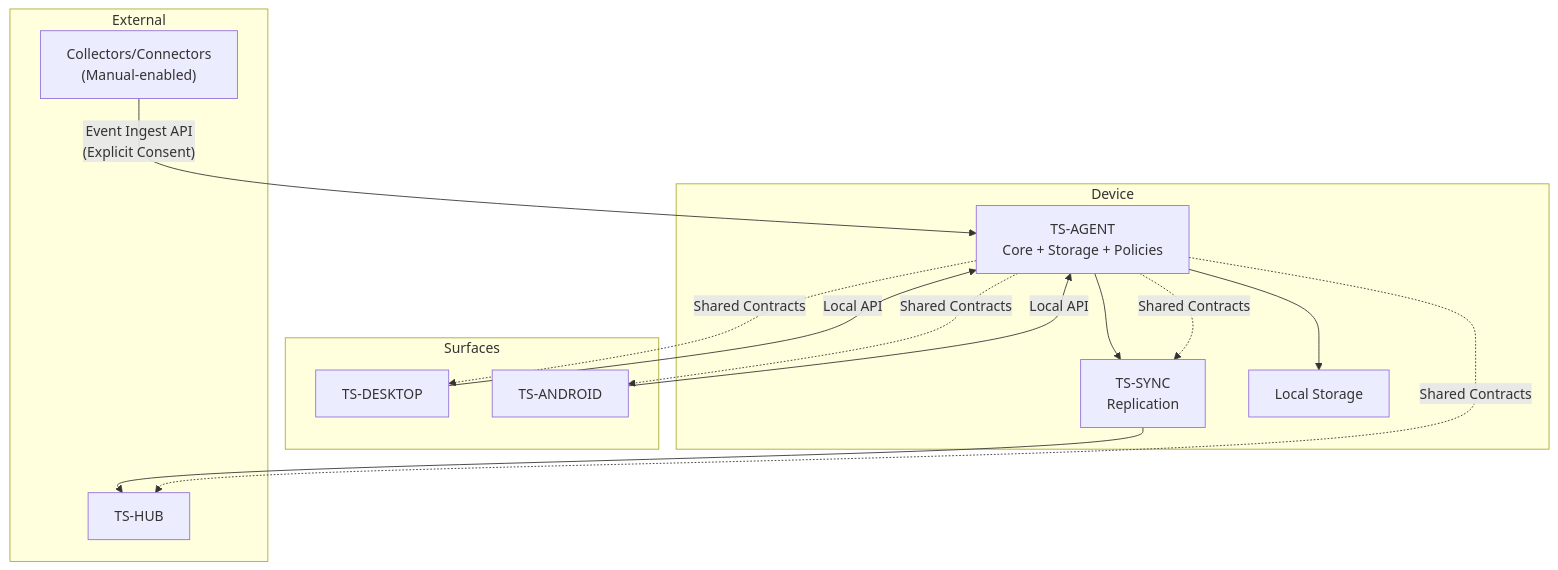
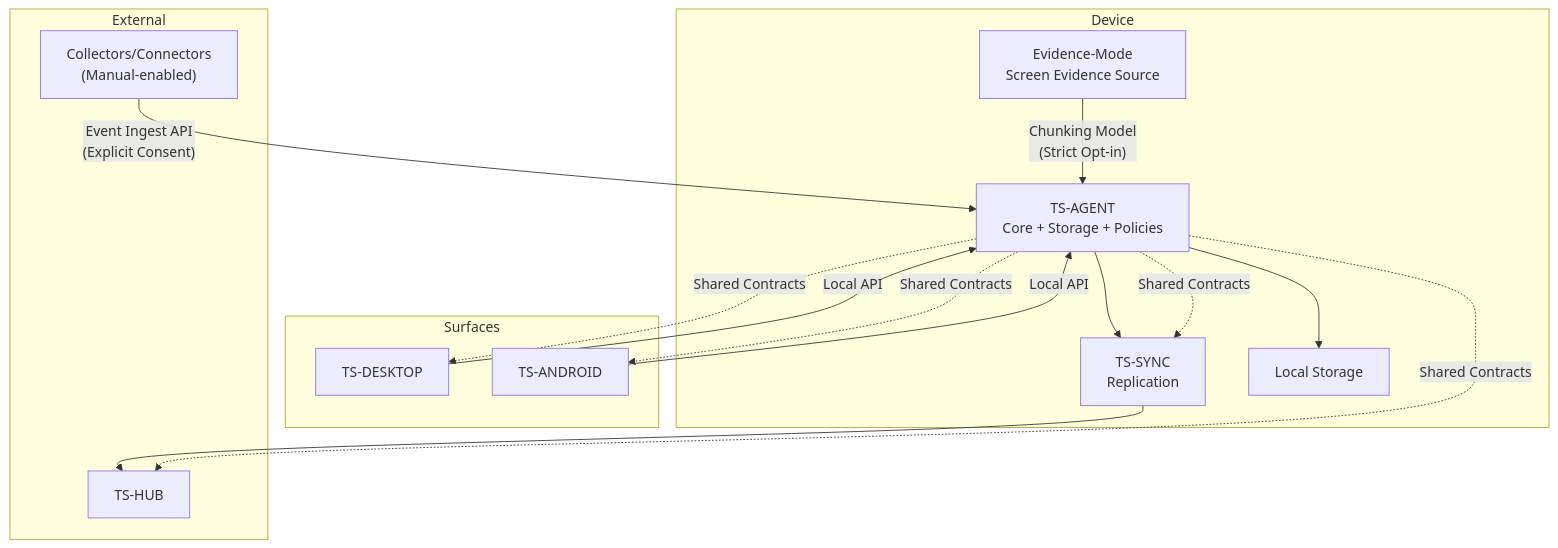
Before and after one commit to asukhodko/timeskein: the third of 9 diagrams in .qoder/repowiki/en/content/Architecture Decision Records.md, drawn with Mermaid. The commit also changed other lines of this file and 6 other files, not shown here.

First line of the commit message:
docs(adr): add ADR-0003 Evidence-Mode Opt-in architecture decision

````diff
--- a/.qoder/repowiki/en/content/Architecture Decision Records.md
+++ b/.qoder/repowiki/en/content/Architecture Decision Records.md
@@ -151,25 +169,27 @@
 ```mermaid
 graph TB
 subgraph "Device"
 Agent["TS-AGENT<br/>Core + Storage + Policies"]
 Sync["TS-SYNC<br/>Replication"]
 Store["Local Storage"]
+Evidence["Evidence-Mode<br/>Screen Evidence Source"]
 end
 subgraph "Surfaces"
 Desktop["TS-DESKTOP"]
 Android["TS-ANDROID"]
 end
 subgraph "External"
 Collectors["Collectors/Connectors<br/>(Manual-enabled)"]
 Hub["TS-HUB"]
 end
 Desktop --> |"Local API"| Agent
 Android --> |"Local API"| Agent
 Collectors --> |"Event Ingest API<br/>(Explicit Consent)"| Agent
+Evidence --> |"Chunking Model<br/>(Strict Opt-in)"| Agent
 Agent --> Store
 Agent --> Sync --> Hub
 Agent -.->|"Shared Contracts"| Desktop
 Agent -.->|"Shared Contracts"| Android
 Agent -.->|"Shared Contracts"| Sync
 Agent -.->|"Shared Contracts"| Hub
 ```
````
